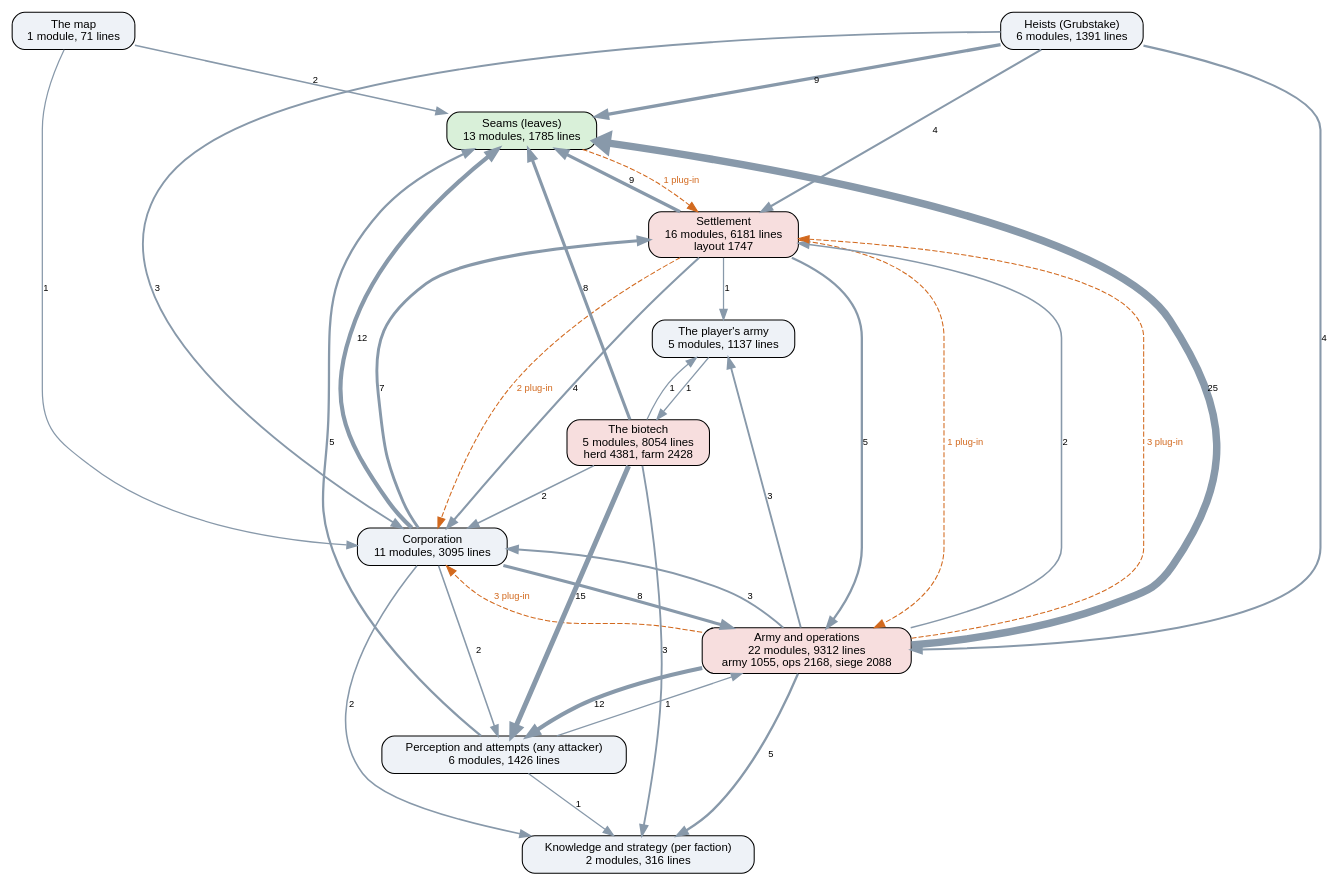
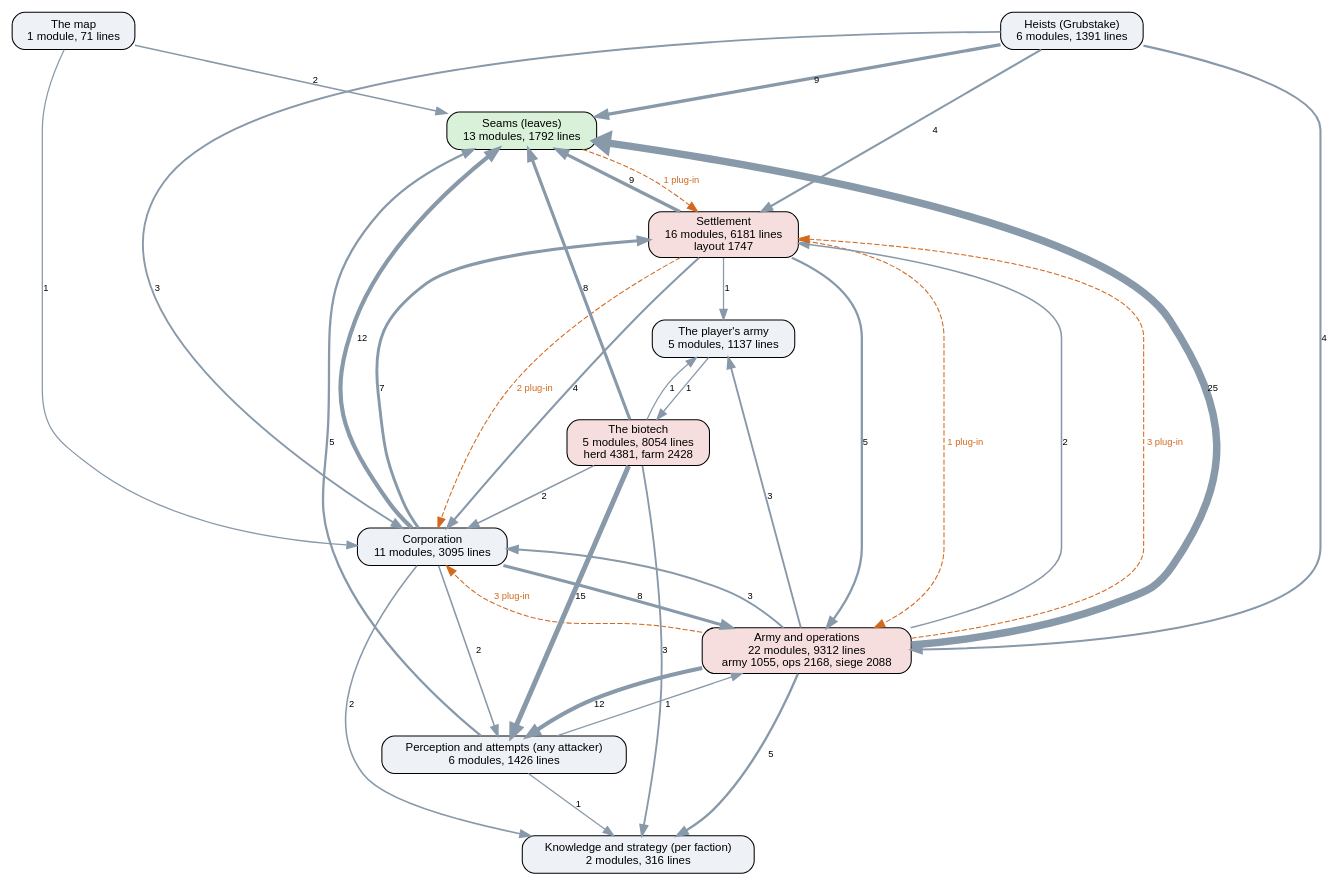
The diagram in docs/ai-layers.dot (kinelhu/landing-party), drawn with Graphviz before and after one commit. The commit also changed 11 other files, not shown here.

```diff
--- a/docs/ai-layers.dot
+++ b/docs/ai-layers.dot
@@ -1,50 +1,50 @@
 digraph layers {
   graph [rankdir=TB, fontname="Helvetica", nodesep=0.5, ranksep=0.7];
   node [shape=box, style="rounded,filled", fontname="Helvetica", fontsize=11, fillcolor="#eef2f7"];
   edge [color="#8899aa", fontname="Helvetica", fontsize=9];
-  "Seams (leaves)" [label="Seams (leaves)\n13 modules, 1785 lines", fillcolor="#d9f0d9"];
+  "Seams (leaves)" [label="Seams (leaves)\n13 modules, 1792 lines", fillcolor="#d9f0d9"];
   "Perception and attempts (any attacker)" [label="Perception and attempts (any attacker)\n6 modules, 1426 lines", fillcolor="#eef2f7"];
   "Knowledge and strategy (per faction)" [label="Knowledge and strategy (per faction)\n2 modules, 316 lines", fillcolor="#eef2f7"];
   "Corporation" [label="Corporation\n11 modules, 3095 lines", fillcolor="#eef2f7"];
   "Settlement" [label="Settlement\n16 modules, 6181 lines\nlayout 1747", fillcolor="#f7dede"];
   "Army and operations" [label="Army and operations\n22 modules, 9312 lines\narmy 1055, ops 2168, siege 2088", fillcolor="#f7dede"];
   "Heists (Grubstake)" [label="Heists (Grubstake)\n6 modules, 1391 lines", fillcolor="#eef2f7"];
   "The biotech" [label="The biotech\n5 modules, 8054 lines\nherd 4381, farm 2428", fillcolor="#f7dede"];
   "The map" [label="The map\n1 module, 71 lines", fillcolor="#eef2f7"];
   "The player's army" [label="The player's army\n5 modules, 1137 lines", fillcolor="#eef2f7"];
   "Army and operations" -> "Corporation" [label="3", penwidth=1.8];
   "Army and operations" -> "Knowledge and strategy (per faction)" [label="5", penwidth=2.2];
   "Army and operations" -> "Perception and attempts (any attacker)" [label="12", penwidth=4.0];
   "Army and operations" -> "Seams (leaves)" [label="25", penwidth=7.2];
   "Army and operations" -> "Settlement" [label="2", penwidth=1.5];
   "Army and operations" -> "The player's army" [label="3", penwidth=1.8];
   "Corporation" -> "Army and operations" [label="8", penwidth=3.0];
   "Corporation" -> "Knowledge and strategy (per faction)" [label="2", penwidth=1.5];
   "Corporation" -> "Perception and attempts (any attacker)" [label="2", penwidth=1.5];
   "Corporation" -> "Seams (leaves)" [label="12", penwidth=4.0];
   "Corporation" -> "Settlement" [label="7", penwidth=2.8];
   "Heists (Grubstake)" -> "Army and operations" [label="4", penwidth=2.0];
   "Heists (Grubstake)" -> "Corporation" [label="3", penwidth=1.8];
   "Heists (Grubstake)" -> "Seams (leaves)" [label="9", penwidth=3.2];
   "Heists (Grubstake)" -> "Settlement" [label="4", penwidth=2.0];
   "Perception and attempts (any attacker)" -> "Army and operations" [label="1", penwidth=1.2];
   "Perception and attempts (any attacker)" -> "Knowledge and strategy (per faction)" [label="1", penwidth=1.2];
   "Perception and attempts (any attacker)" -> "Seams (leaves)" [label="5", penwidth=2.2];
   "Settlement" -> "Army and operations" [label="5", penwidth=2.2];
   "Settlement" -> "Corporation" [label="4", penwidth=2.0];
   "Settlement" -> "Seams (leaves)" [label="9", penwidth=3.2];
   "Settlement" -> "The player's army" [label="1", penwidth=1.2];
   "The biotech" -> "Corporation" [label="2", penwidth=1.5];
   "The biotech" -> "Knowledge and strategy (per faction)" [label="3", penwidth=1.8];
   "The biotech" -> "Perception and attempts (any attacker)" [label="15", penwidth=4.8];
   "The biotech" -> "Seams (leaves)" [label="8", penwidth=3.0];
   "The biotech" -> "The player's army" [label="1", penwidth=1.2];
   "The map" -> "Corporation" [label="1", penwidth=1.2];
   "The map" -> "Seams (leaves)" [label="2", penwidth=1.5];
   "The player's army" -> "The biotech" [label="1", penwidth=1.2];
   "Army and operations" -> "Corporation" [style=dashed, color="#d2691e", fontcolor="#d2691e", label="3 plug-in"];
   "Army and operations" -> "Settlement" [style=dashed, color="#d2691e", fontcolor="#d2691e", label="3 plug-in"];
   "Seams (leaves)" -> "Settlement" [style=dashed, color="#d2691e", fontcolor="#d2691e", label="1 plug-in"];
   "Settlement" -> "Army and operations" [style=dashed, color="#d2691e", fontcolor="#d2691e", label="1 plug-in"];
   "Settlement" -> "Corporation" [style=dashed, color="#d2691e", fontcolor="#d2691e", label="2 plug-in"];
 }
```
